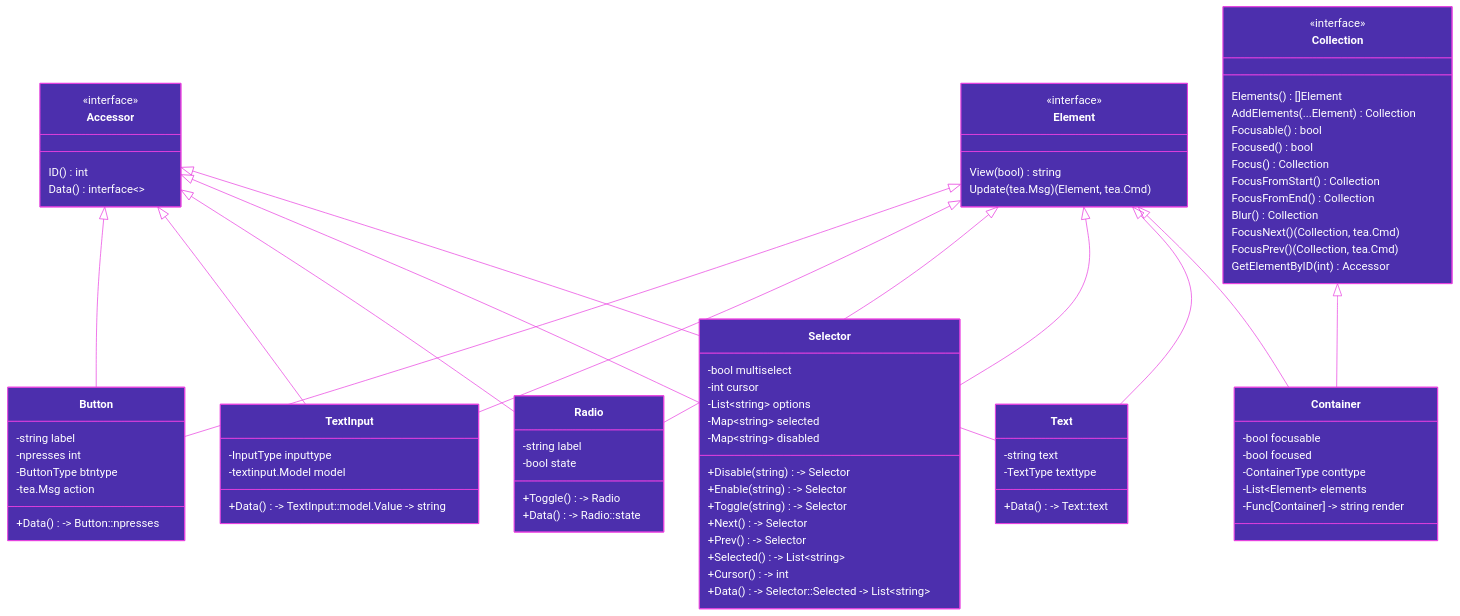
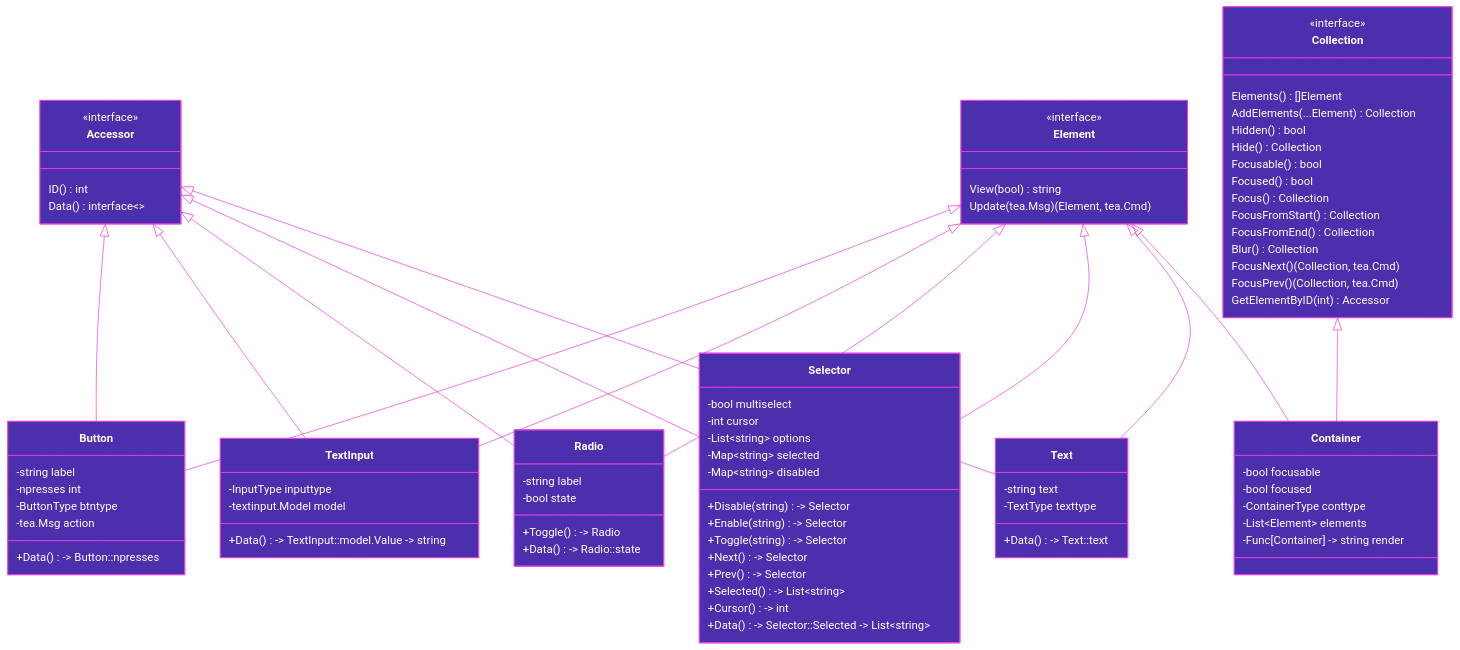
One commit to haykh/tuigo changed the second of 2 diagrams in README.md. Above: the diagram before and after it, drawn with Mermaid. The commit also changed other lines of this file and 6 other files, not shown here.

```diff
--- a/README.md
+++ b/README.md
@@ -87,6 +87,8 @@
     <<interface>>
     Elements() []Element
     AddElements(...Element) Collection
+	  Hidden() bool
+	  Hide() Collection
     Focusable() bool
     Focused() bool
     Focus() Collection
```
